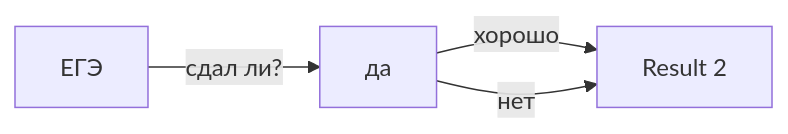
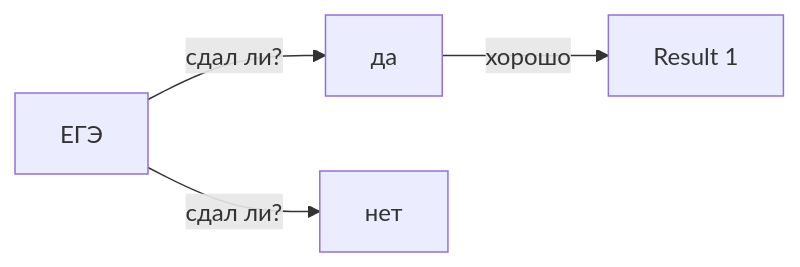
Before and after one commit to taya02/taya02.github.io: the diagram in README.md, drawn with Mermaid.

````diff
--- a/README.md
+++ b/README.md
@@ -29,8 +29,8 @@
 ```mermaid
 flowchart LR
 
 A[ЕГЭ] -->|сдал ли?| B[да]
 B -->|хорошо| C[Result 1]
-B -->|нет| C[Result 2]
+A -->|cдал ли?| D[нет]
 C
 ```
````
